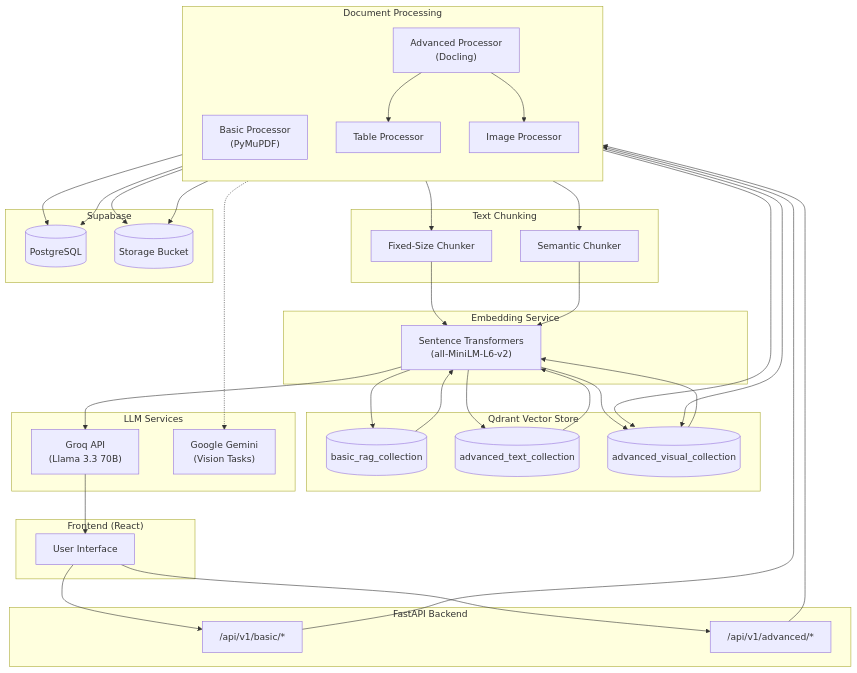
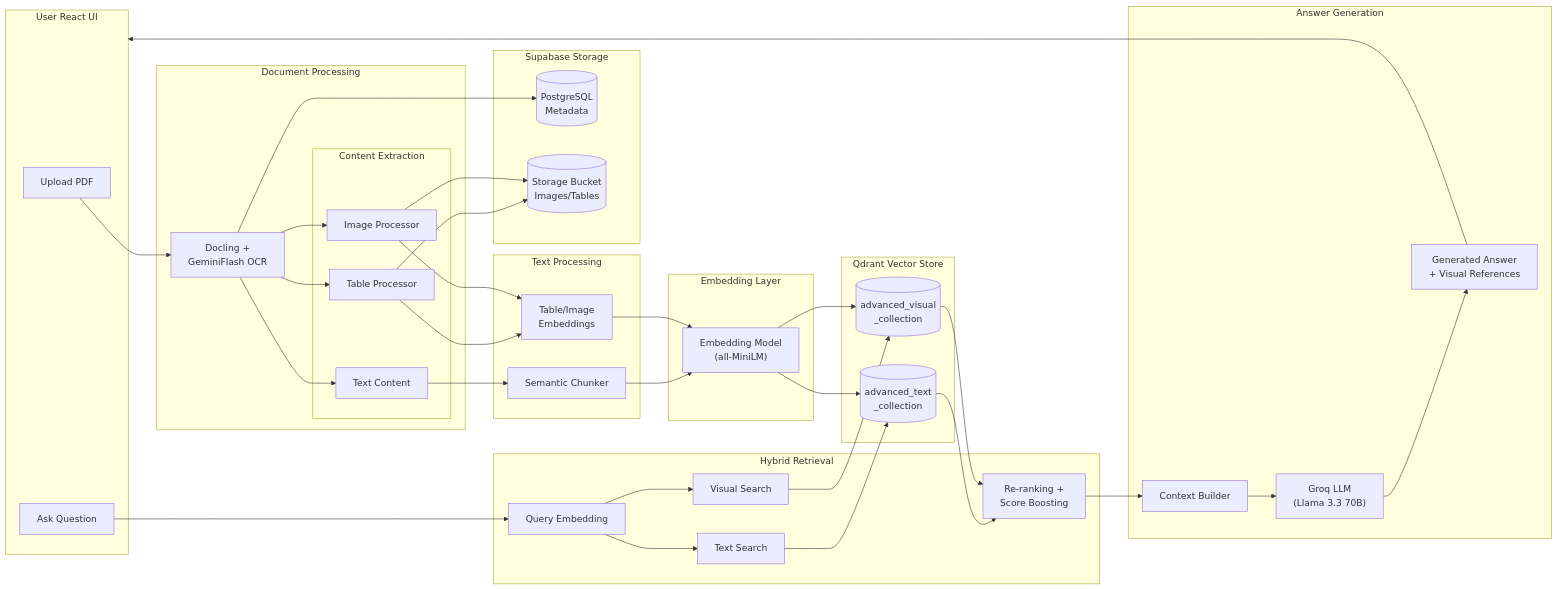
One commit to CoderAd1/RAG-Pipeline changed the second of 2 diagrams in README.md. Above: the diagram before and after it, drawn with Mermaid. The commit also changed other lines of this file, not shown here.

Commit message:
updated readme with diagrams

````diff
--- a/README.md
+++ b/README.md
@@ -197,61 +245,69 @@
 ```mermaid
-flowchart TB
-    subgraph Client["Frontend (React)"]
-        UI[User Interface]
+flowchart LR
+    subgraph UI["User React UI"]
+        Upload["Upload PDF"]
+        Query["Ask Question"]
     end
 
-    subgraph API["FastAPI Backend"]
-        BR["/api/v1/basic/*"]
-        AR["/api/v1/advanced/*"]
+    subgraph DocProcess["Document Processing"]
+        Docling["Docling +<br/>GeminiFlash OCR"]
+        
+        subgraph Extraction["Content Extraction"]
+            Text["Text Content"]
+            Tables["Table Processor"]
+            Images["Image Processor"]
+        end
     end
 
-    subgraph Processing["Document Processing"]
-        direction TB
-        BP["Basic Processor<br/>(PyMuPDF)"]
-        AP["Advanced Processor<br/>(Docling)"]
-        TP["Table Processor"]
-        IP["Image Processor"]
+    subgraph Chunking["Text Processing"]
+        Semantic["Semantic Chunker"]
+        TableEmbed["Table/Image<br/>Embeddings"]
     end
 
-    subgraph Chunking["Text Chunking"]
-        FC["Fixed-Size Chunker"]
-        SC["Semantic Chunker"]
+    subgraph Embedding["Embedding Layer"]
+        EmbedModel["Embedding Model<br/>(all-MiniLM)"]
     end
 
-    subgraph Embedding["Embedding Service"]
-        ES["Sentence Transformers<br/>(all-MiniLM-L6-v2)"]
+    subgraph VectorStore["Qdrant Vector Store"]
+        TextColl[("advanced_text<br/>_collection")]
+        VisualColl[("advanced_visual<br/>_collection")]
     end
 
-    subgraph VectorDB["Qdrant Vector Store"]
-        BC[("basic_rag_collection")]
-        TC[("advanced_text_collection")]
-        VC[("advanced_visual_collection")]
+    subgraph StorageLayer["Supabase Storage"]
+        DB[("PostgreSQL<br/>Metadata")]
+        Bucket[("Storage Bucket<br/>Images/Tables")]
     end
 
-    subgraph Storage["Supabase"]
-        DB[(PostgreSQL)]
-        SB[(Storage Bucket)]
+    subgraph Retrieval["Hybrid Retrieval"]
+        QueryEmbed["Query Embedding"]
+        TextSearch["Text Search"]
+        VisualSearch["Visual Search"]
+        Rerank["Re-ranking +<br/>Score Boosting"]
     end
 
-    subgraph LLM["LLM Services"]
-        GQ["Groq API<br/>(Llama 3.3 70B)"]
-        GM["Google Gemini<br/>(Vision Tasks)"]
+    subgraph Generation["Answer Generation"]
+        Context["Context Builder"]
+        LLM["Groq LLM<br/>(Llama 3.3 70B)"]
+        Response["Generated Answer<br/>+ Visual References"]
     end
 
-    UI --> BR & AR
+    Upload --> Docling
+    Docling --> Text & Tables & Images
     
-    BR --> BP --> FC --> ES --> BC
-    AR --> AP --> SC --> ES --> TC & VC
-    AP --> TP & IP
-    TP & IP --> VC
+    Text --> Semantic --> EmbedModel --> TextColl
+    Tables --> TableEmbed --> EmbedModel --> VisualColl
+    Images --> TableEmbed
     
-    BC & TC & VC --> ES
-    ES --> GQ
-    AP -.-> GM
-    
-    BP & AP --> DB
-    IP --> SB
-    TP --> SB
-    
-    GQ --> UI
+    Tables & Images --> Bucket
+    Docling --> DB
+
+    Query --> QueryEmbed
+    QueryEmbed --> TextSearch & VisualSearch
+    TextSearch --> TextColl
+    VisualSearch --> VisualColl
+    TextColl & VisualColl --> Rerank
+    Rerank --> Context
+    Context --> LLM
+    LLM --> Response
+    Response --> UI
 ```
````
